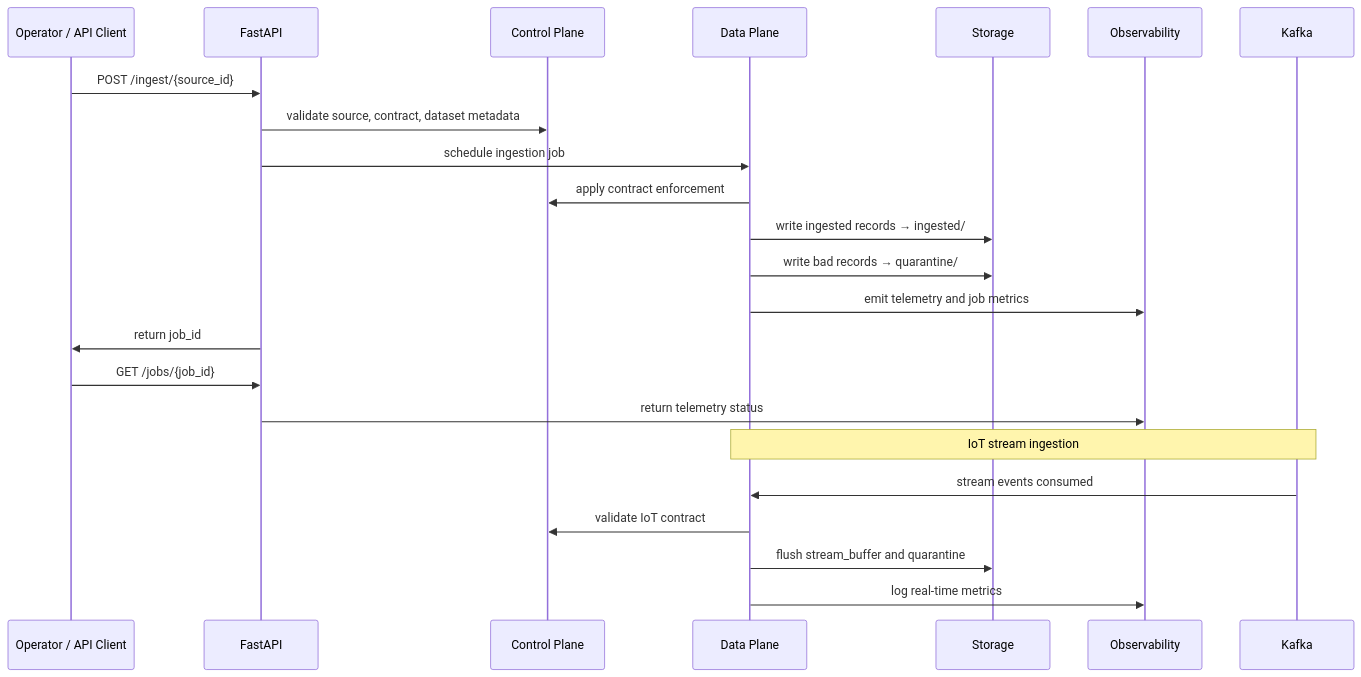
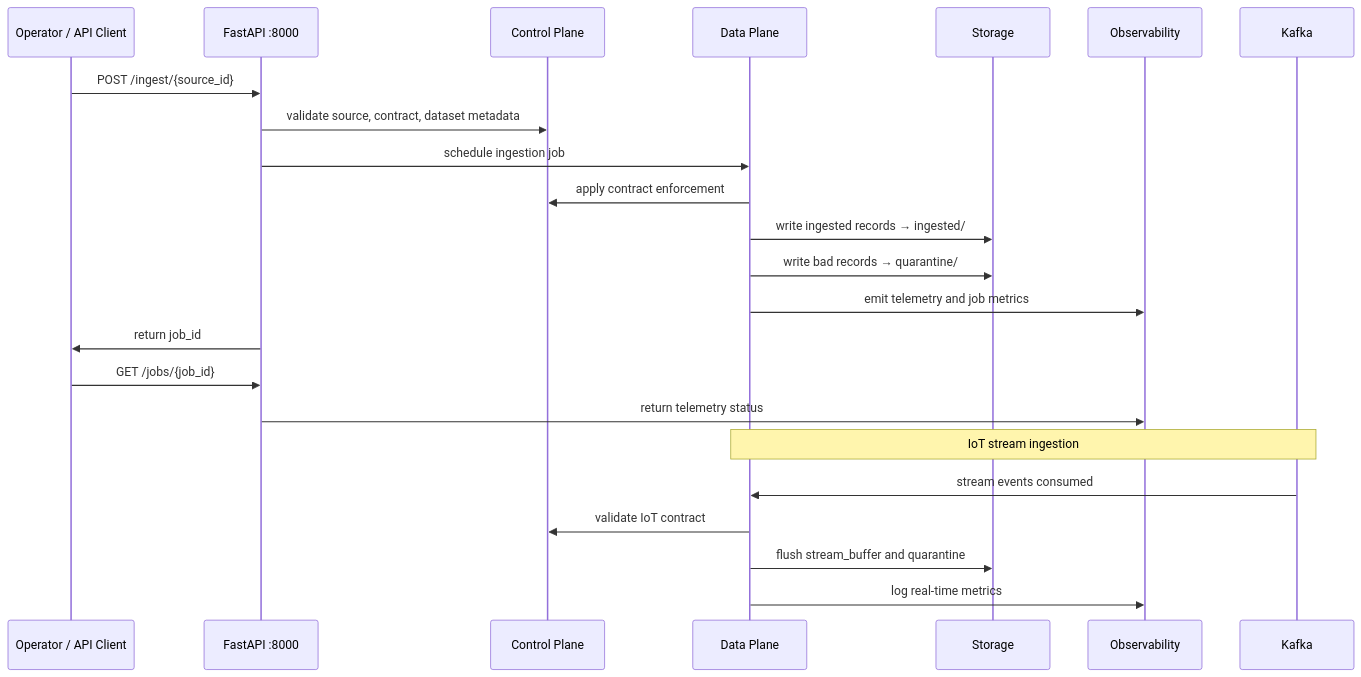
One commit to NehaHaroon/Pipeline-Data-Ingestion-Supply-Chain changed the fifth of 6 diagrams in ARCHITECTURE.md. Above: the diagram before and after it, drawn with Mermaid. The commit also changed other lines of this file and 64 other files, not shown here.

````diff
--- a/ARCHITECTURE.md
+++ b/ARCHITECTURE.md
@@ -101,27 +327,27 @@
 ```mermaid
 sequenceDiagram
     participant User as Operator / API Client
-    participant API as FastAPI
+    participant API as FastAPI :8000
     participant CP as Control Plane
     participant DP as Data Plane
     participant ST as Storage
     participant OB as Observability
     participant Kafka as Kafka
 
     User->>API: POST /ingest/{source_id}
     API->>CP: validate source, contract, dataset metadata
     API->>DP: schedule ingestion job
     DP->>CP: apply contract enforcement
     DP->>ST: write ingested records → ingested/
     DP->>ST: write bad records → quarantine/
     DP->>OB: emit telemetry and job metrics
     API->>User: return job_id
     User->>API: GET /jobs/{job_id}
     API->>OB: return telemetry status
 
     note over Kafka,DP: IoT stream ingestion
     Kafka->>DP: stream events consumed
     DP->>CP: validate IoT contract
     DP->>ST: flush stream_buffer and quarantine
     DP->>OB: log real-time metrics
 ```
````
